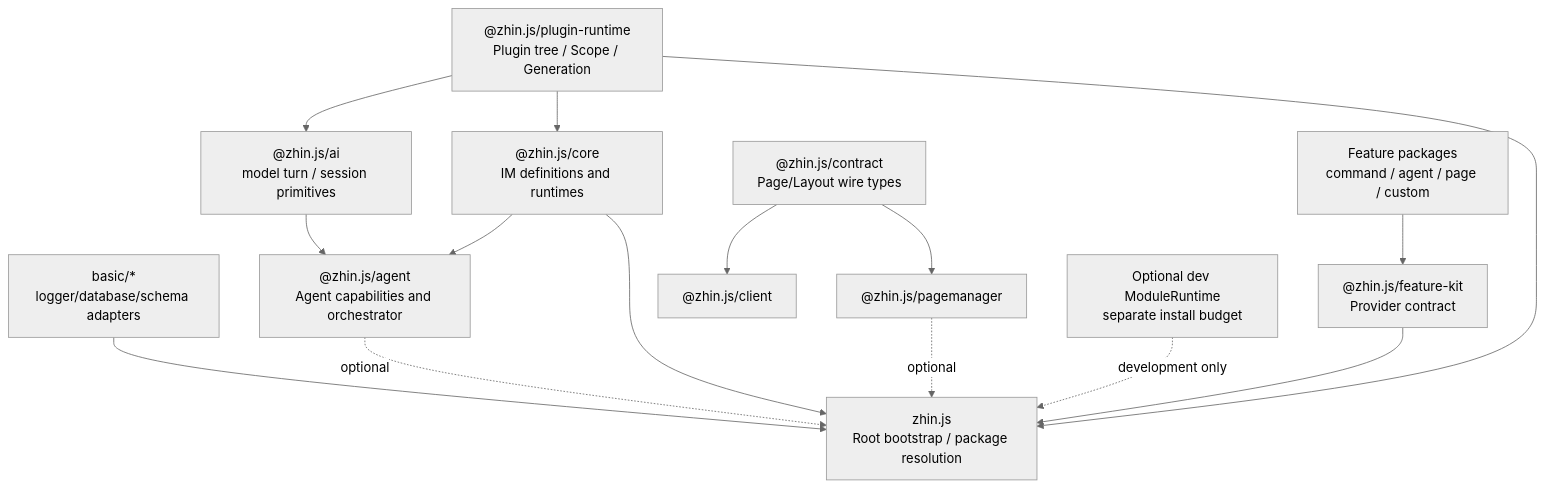
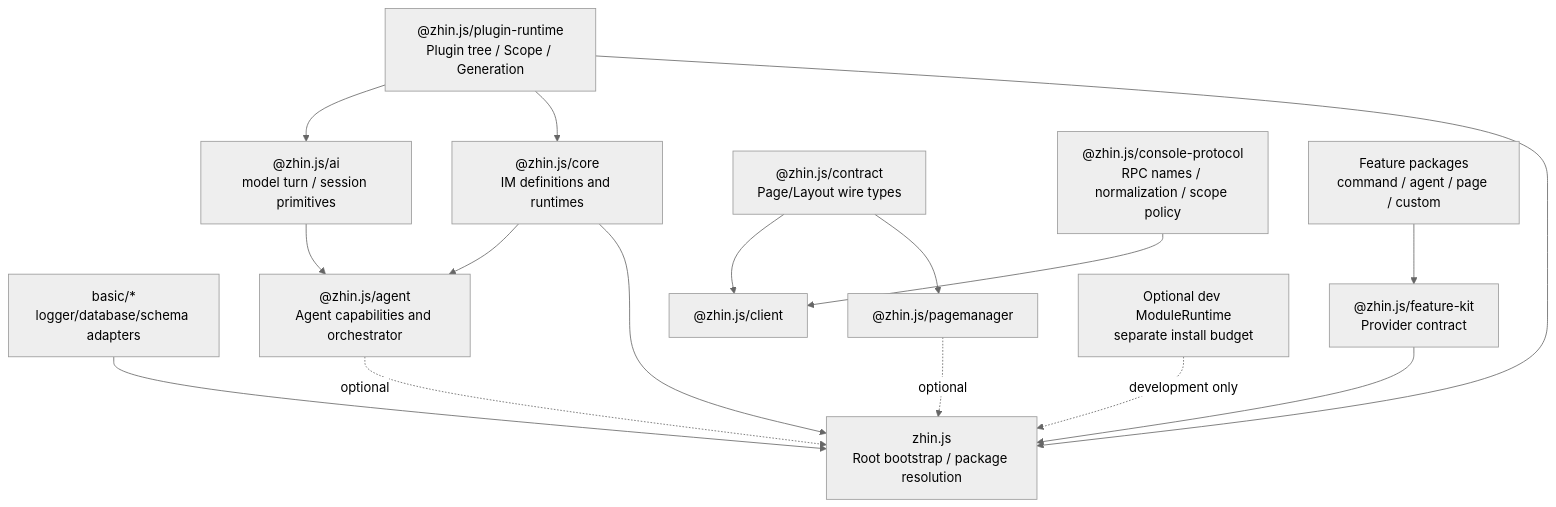
One commit to zhinjs/zhin changed the first of 2 diagrams in docs/architecture/target-implementation/README.md. Above: the diagram before and after it, drawn with Mermaid (neutral theme). The commit also changed other lines of this file and 87 other files, not shown here.

First line of the commit message:
feat(console): integrate @zhin.js/console-protocol for standardized RPC and event handling

````diff
--- a/docs/architecture/target-implementation/README.md
+++ b/docs/architecture/target-implementation/README.md
@@ -20,19 +20,21 @@
 ```mermaid
 flowchart TB
   Basic["basic/*\nlogger/database/schema adapters"] --> Zhin
   Kernel["@zhin.js/plugin-runtime\nPlugin tree / Scope / Generation"]
   Kernel --> AI["@zhin.js/ai\nmodel turn / session primitives"]
   Kernel --> Core["@zhin.js/core\nIM definitions and runtimes"]
   AI --> Agent["@zhin.js/agent\nAgent capabilities and orchestrator"]
   Core --> Agent
   ConsoleContract["@zhin.js/contract\nPage/Layout wire types"]
+  ConsoleProtocol["@zhin.js/console-protocol\nRPC names / normalization / scope policy"]
+  ConsoleProtocol --> ConsoleClient
   ConsoleContract --> ConsoleClient["@zhin.js/client"]
   ConsoleContract --> PageManager["@zhin.js/pagemanager"]
   FeatureKit["@zhin.js/feature-kit\nProvider contract"] --> Zhin
   FeaturePackages["Feature packages\ncommand / agent / page / custom"] --> FeatureKit
   Kernel --> Zhin["zhin.js\nRoot bootstrap / package resolution"]
   Core --> Zhin
   Agent -. optional .-> Zhin
   PageManager -. optional .-> Zhin
   Dev["Optional dev ModuleRuntime\nseparate install budget"] -. development only .-> Zhin
 ```
````
